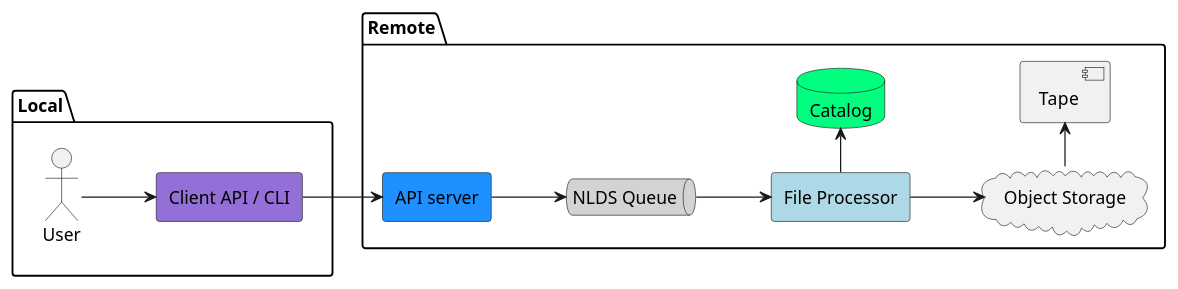
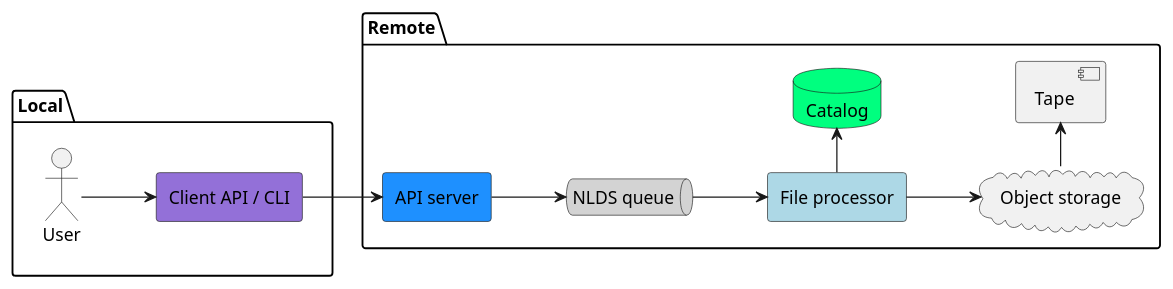
One commit to cedadev/nlds-client changed the diagram in docs/user_guide/source/userview.puml. Above: the diagram before and after it, drawn with PlantUML. The commit also changed 10 other files, not shown here.

```diff
--- a/docs/user_guide/source/userview.puml
+++ b/docs/user_guide/source/userview.puml
@@ -1,28 +1,28 @@
 @startuml userview
 left to right direction
 
 package Local {
     together {
         actor user as "User"
         agent client as "Client API / CLI" #MediumPurple
     }
 }
 
 package Remote {
     agent API_server as "API server" #DodgerBlue
-    queue nq as "NLDS Queue" #lightgrey
-    agent proc as "File Processor" #lightblue
-    cloud object_storage as "Object Storage"
+    queue nq as "NLDS queue" #lightgrey
+    agent proc as "File processor" #lightblue
+    cloud object_storage as "Object storage"
     database catalogdb as "Catalog" #SpringGreen
     component tape as "Tape"
 }
 
 user-->client
 client-->API_server
 API_server-->nq
 nq-->proc
 proc->catalogdb
 proc-->object_storage
 object_storage->tape
 
 @enduml
```
